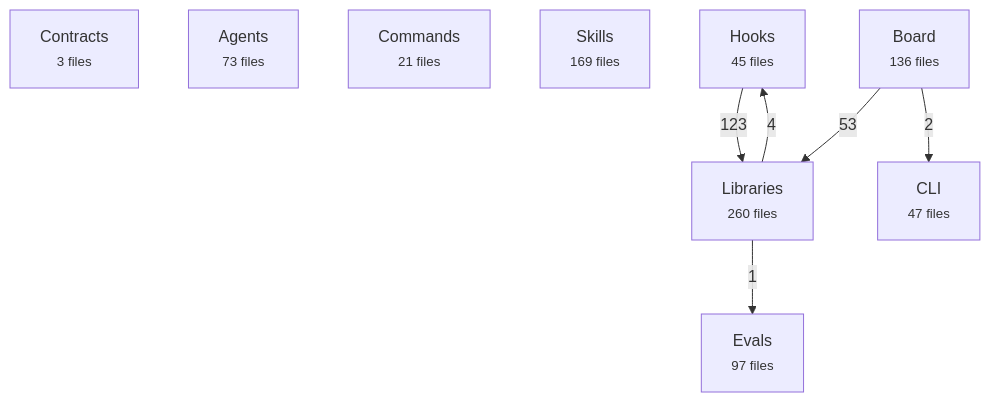
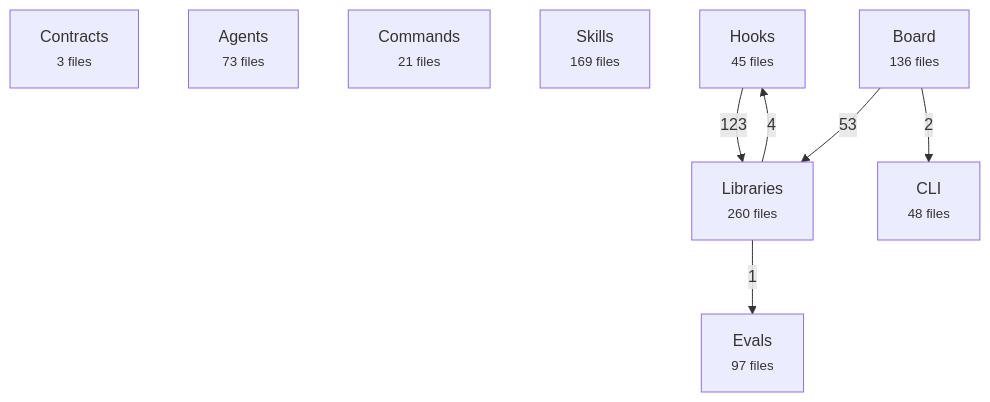
One commit to avelikiy/great_cto changed the first of 2 diagrams in docs/reference/architecture-map.md. Above: the diagram before and after it, drawn with Mermaid. The commit also changed other lines of this file and 8 other files, not shown here.

````diff
--- a/docs/reference/architecture-map.md
+++ b/docs/reference/architecture-map.md
@@ -20,17 +20,17 @@
 ```mermaid
 flowchart TD
   contracts["Contracts<br/><small>3 files</small>"]
   agents["Agents<br/><small>73 files</small>"]
   commands["Commands<br/><small>21 files</small>"]
   skills["Skills<br/><small>169 files</small>"]
   hooks["Hooks<br/><small>45 files</small>"]
   libs["Libraries<br/><small>260 files</small>"]
   board["Board<br/><small>136 files</small>"]
-  cli["CLI<br/><small>47 files</small>"]
+  cli["CLI<br/><small>48 files</small>"]
   evals["Evals<br/><small>97 files</small>"]
   hooks -->|123| libs
   board -->|53| libs
   libs -->|4| hooks
   board -->|2| cli
   libs -->|1| evals
 ```
````
